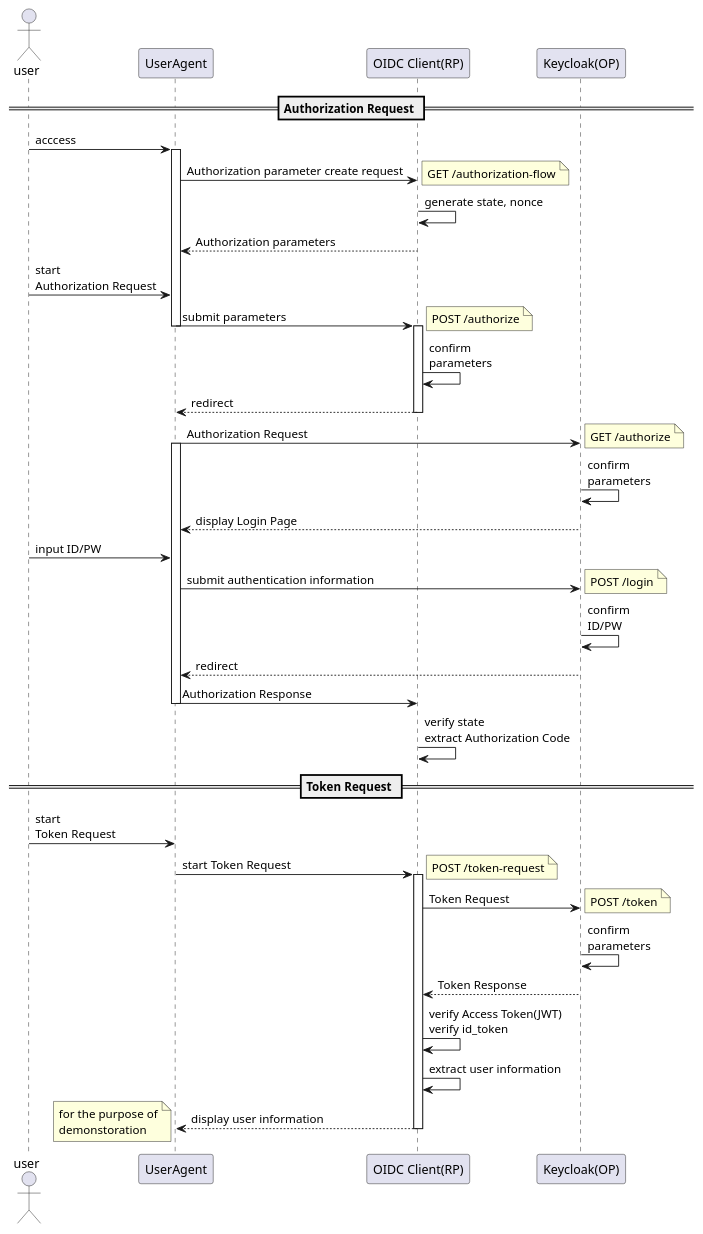
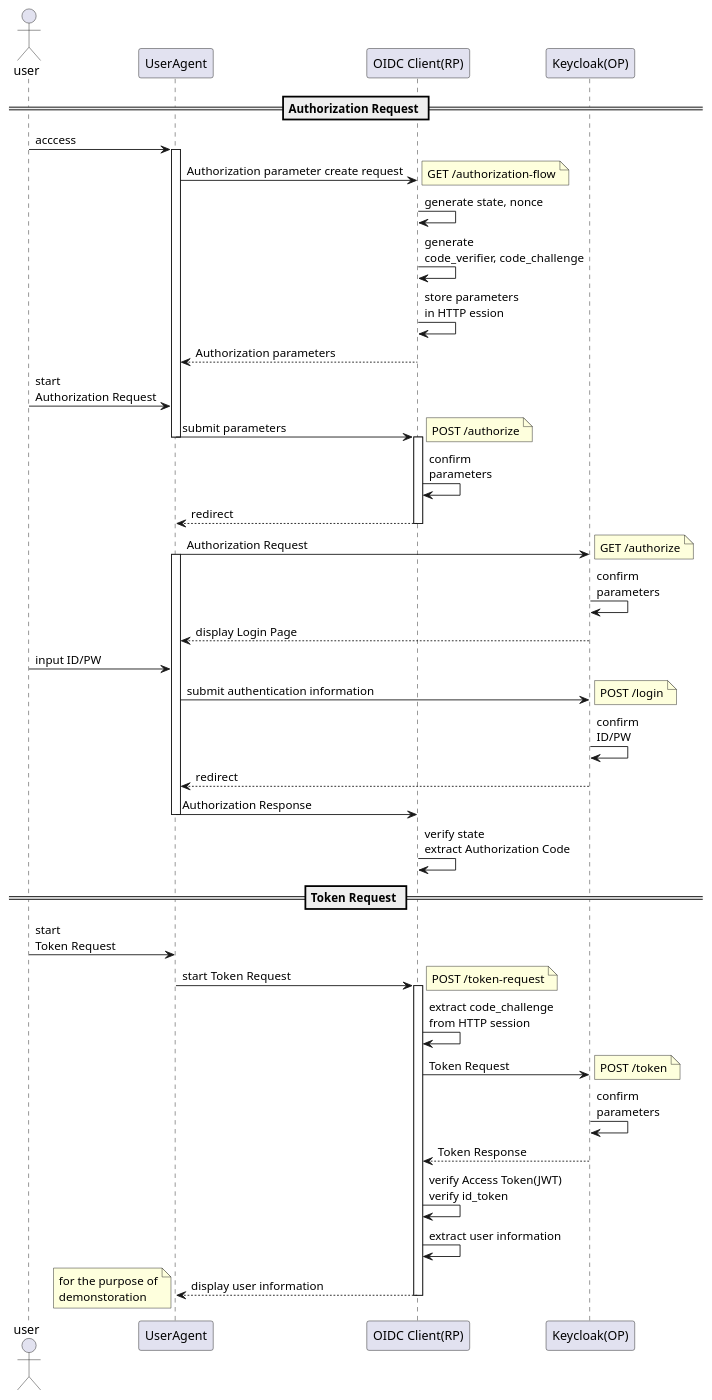
One commit to takumi13/keycloak-idp-rp changed the diagram in docs/2.シーケンス/plantuml/2.1.AuthorizationRequest.pu. Above: the diagram before and after it, drawn with PlantUML. The commit also changed 1 other file, not shown here.

```diff
--- a/docs/2.シーケンス/plantuml/2.1.AuthorizationRequest.pu
+++ b/docs/2.シーケンス/plantuml/2.1.AuthorizationRequest.pu
@@ -1,80 +1,83 @@
 @startuml
 
 actor user
 participant "UserAgent" as ua
 participant "OIDC Client(RP)" as rp
 participant "Keycloak(OP)" as op
 
 == Authorization Request ==
 
 user -> ua : acccess
 
 activate ua
 
 ua -> rp : Authorization parameter create request
 note right
   GET /authorization-flow
 end note
 rp -> rp : generate state, nonce
+rp -> rp : generate\ncode_verifier, code_challenge
+rp -> rp : store parameters\nin HTTP ession
 rp --> ua : Authorization parameters
 user -> ua: start \nAuthorization Request
 ua -> rp : submit parameters
 note right
   POST /authorize
 end note
 deactivate ua
 
 activate rp
 rp -> rp : confirm\nparameters
 rp --> ua : redirect
 deactivate rp
 
 ua -> op :  Authorization Request
 activate ua
 note right
   GET /authorize
 end note
 
 op -> op : confirm\nparameters
 op --> ua : display Login Page
 user -> ua : input ID/PW
 ua -> op : submit authentication information
 note right
   POST /login
 end note
 op -> op : confirm\nID/PW
 op --> ua : redirect
 ua -> rp : Authorization Response
 deactivate ua
 
 rp -> rp : verify state\nextract Authorization Code
 
 == Token Request ==
 
 user -> ua : start\nToken Request
 
 ua -> rp : start Token Request
 activate rp
 note right
   POST /token-request
 end note
+rp -> rp : extract code_challenge\nfrom HTTP session
 rp -> op : Token Request
 
 note right
   POST /token
 end note
 
 op -> op : confirm\nparameters
 op --> rp : Token Response
 
 rp -> rp : verify Access Token(JWT)\nverify id_token
 rp -> rp : extract user information
 rp --> ua : display user information
 deactivate rp
 
 note left
   for the purpose of
   demonstoration
 end note
 
 @enduml
```
